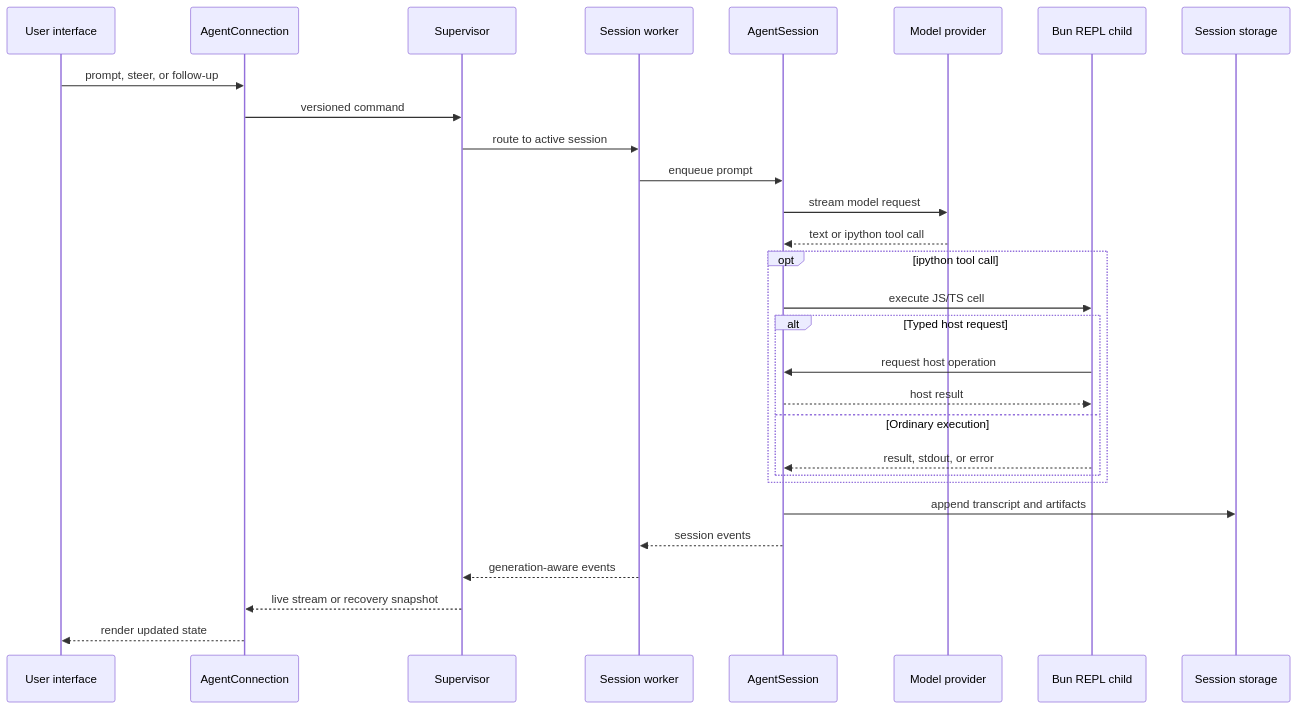
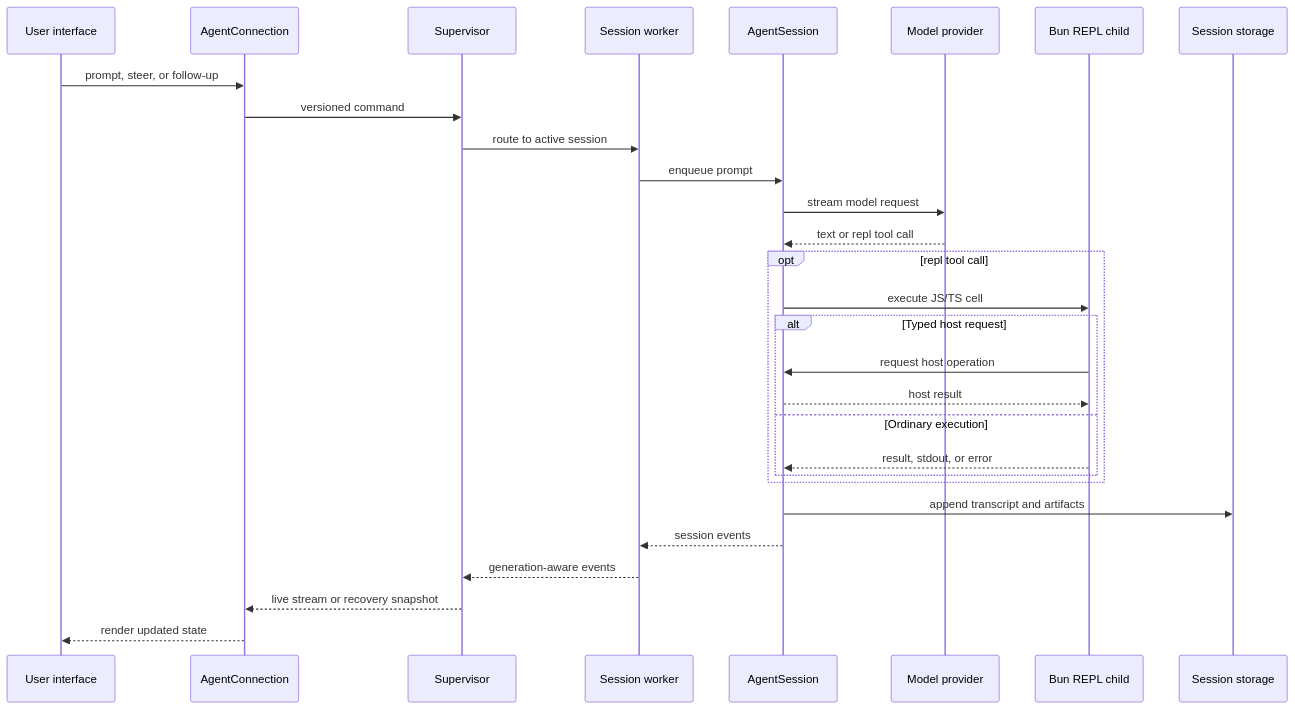
The second of 2 diagrams in packages/coding-agent/docs/architecture.md (pde-rent/optimus-prime), drawn with Mermaid before and after one commit. The commit also changed other lines of this file and 134 other files, not shown here.

````diff
--- a/packages/coding-agent/docs/architecture.md
+++ b/packages/coding-agent/docs/architecture.md
@@ -53,32 +53,32 @@
 ```mermaid
 sequenceDiagram
     participant U as User interface
     participant C as AgentConnection
     participant S as Supervisor
     participant W as Session worker
     participant A as AgentSession
     participant P as Model provider
     participant K as Bun REPL child
     participant D as Session storage
 
     U->>C: prompt, steer, or follow-up
     C->>S: versioned command
     S->>W: route to active session
     W->>A: enqueue prompt
     A->>P: stream model request
-    P-->>A: text or ipython tool call
-    opt ipython tool call
+    P-->>A: text or repl tool call
+    opt repl tool call
         A->>K: execute JS/TS cell
         alt Typed host request
             K->>A: request host operation
             A-->>K: host result
         else Ordinary execution
             K-->>A: result, stdout, or error
         end
     end
     A->>D: append transcript and artifacts
     A-->>W: session events
     W-->>S: generation-aware events
     S-->>C: live stream or recovery snapshot
     C-->>U: render updated state
 ```
````
